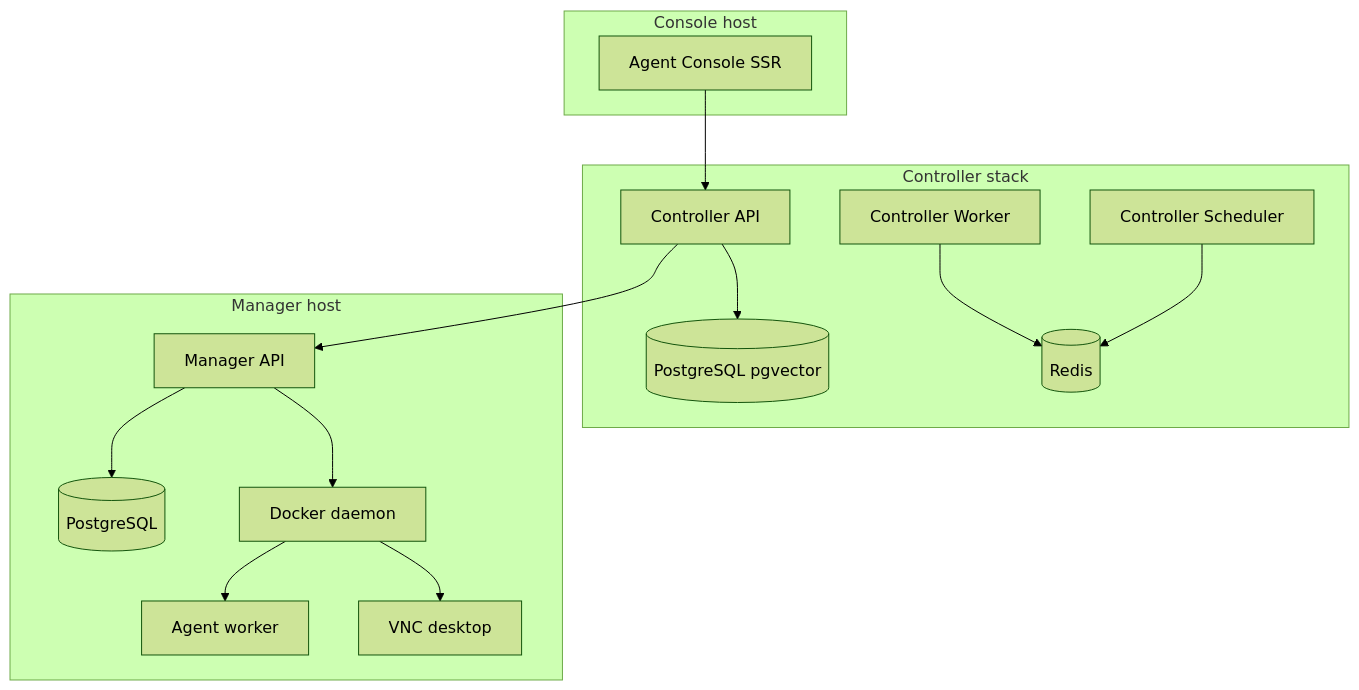
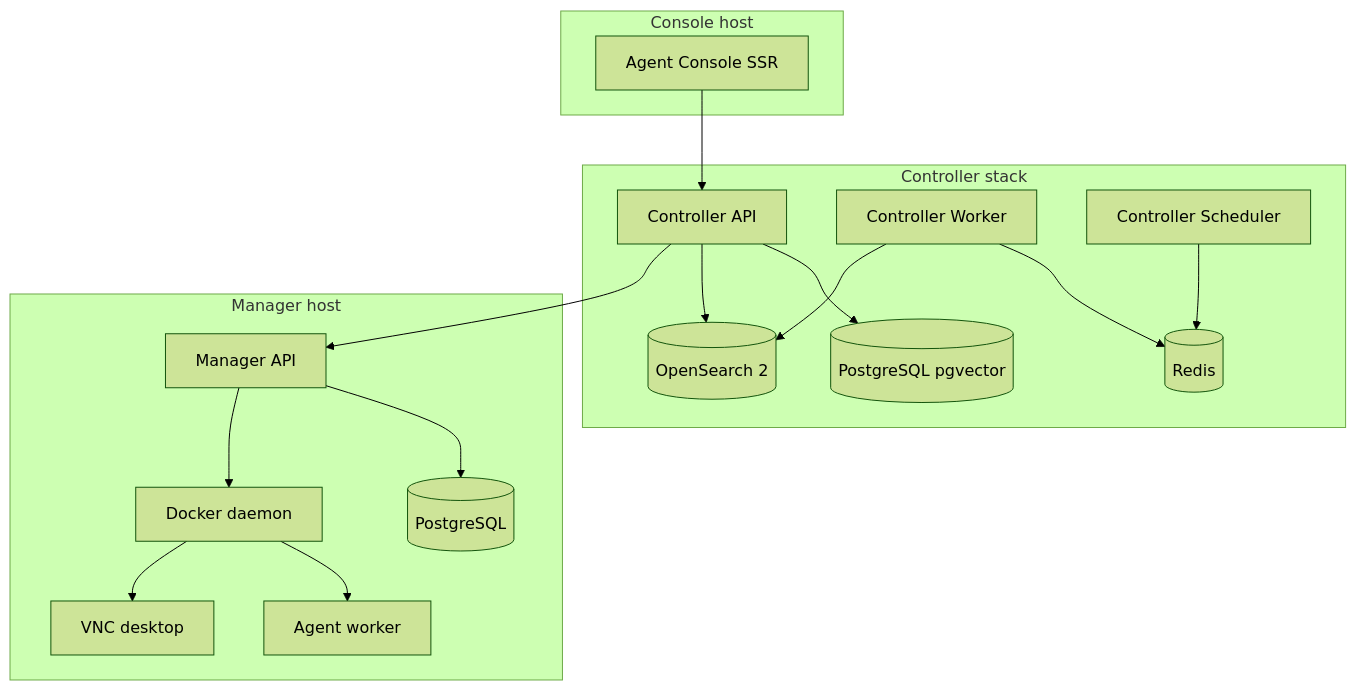
Before and after one commit to forepath/tsef: the diagram in docs/agenstra/deployment/system-requirements.md, drawn with Mermaid (forest theme). The commit also changed other lines of this file and 385 other files, not shown here.

````diff
--- a/docs/agenstra/deployment/system-requirements.md
+++ b/docs/agenstra/deployment/system-requirements.md
@@ -14,32 +14,35 @@
 ```mermaid
 graph TB
     subgraph "Console host"
         FE[Agent Console SSR]
     end
 
     subgraph "Controller stack"
         C_API[Controller API]
         C_WRK[Controller Worker]
         C_SCH[Controller Scheduler]
         C_PG[(PostgreSQL pgvector)]
         C_RD[(Redis)]
+        C_OS[(OpenSearch 2)]
     end
 
     subgraph "Manager host"
         M_API[Manager API]
         M_PG[(PostgreSQL)]
         DOCKER[Docker daemon]
         AW[Agent worker]
         VNC[VNC desktop]
     end
 
     FE --> C_API
     C_API --> C_PG
+    C_API --> C_OS
     C_WRK --> C_RD
+    C_WRK --> C_OS
     C_SCH --> C_RD
     C_API --> M_API
     M_API --> M_PG
     M_API --> DOCKER
     DOCKER --> AW
     DOCKER --> VNC
 ```
````
